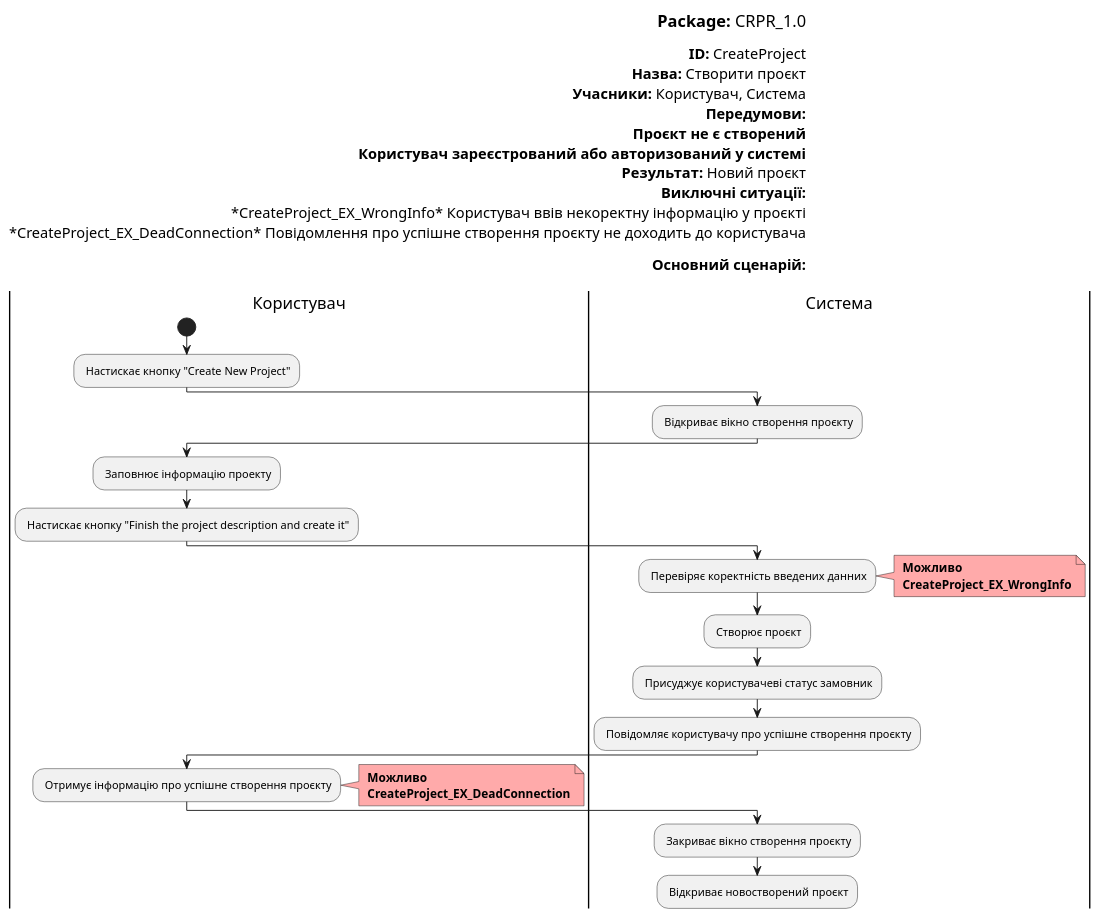
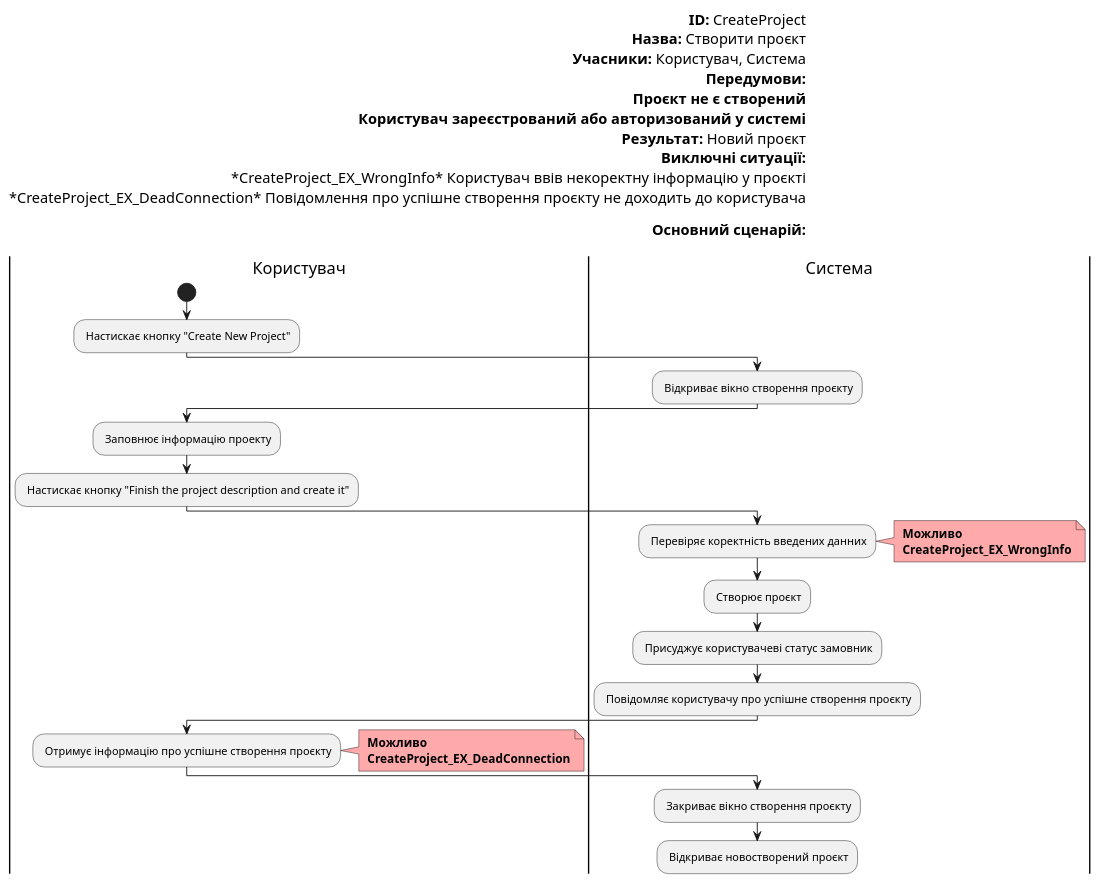
One commit to boldak/edu-db-cw changed the tenth of 19 diagrams in docs/use cases/README.md. Above: the diagram before and after it, drawn with PlantUML. The commit also changed other lines of this file, not shown here.

Commit message:
Finished adding labels and deleting package

```diff
--- a/docs/use cases/README.md
+++ b/docs/use cases/README.md
@@ -520,63 +516,61 @@
 @startuml
 
-    left header
-        <font color=000 size=18><b>Package:</b> CRPR_1.0
-        
+    left header        
         <font color=000 size=16><b>ID:</b> CreateProject
         <font color=000 size=16><b>Назва:</b> Створити проєкт
         <font color=000 size=16><b>Учасники:</b> Користувач, Система
         <font color=000 size=16><b>Передумови:</b> 
         <font color=000 size=16><b> Проєкт не є створений 
         <font color=000 size=16><b> Користувач зареєстрований або авторизований у системі
         <font color=000 size=16><b>Результат:</b> Новий проєкт
         <font color=000 size=16><b>Виключні ситуації:</b>
         <font color=000 size=16> *CreateProject_EX_WrongInfo* Користувач ввів некоректну інформацію у проєкті
         <font color=000 size=16> *CreateProject_EX_DeadConnection* Повідомлення про успішне створення проєкту не доходить до користувача
         
         <font color=000 size=16><b>Основний сценарій:</b>
         
     end header
 
     |Користувач|
         start
         : Настискає кнопку "Create New Project";
         
     |Система|
         : Відкриває вікно створення проєкту;
         
     |Користувач|
         : Заповнює інформацію проекту;
 
     |Користувач|
         : Настискає кнопку "Finish the project description and create it";
         
     |Система|
         : Перевіряє коректність введених данних;
         note right #ffaaaa
         <b> Можливо
         <b> CreateProject_EX_WrongInfo
         end note
 
     |Система|
         : Створює проєкт;
         
     |Система|
         : Присуджує користувачеві статус замовник;
 
     |Система|
         : Повідомляє користувачу про успішне створення проєкту;
 
     |Користувач|
         : Отримує інформацію про успішне створення проєкту;
         note right #ffaaaa
         <b> Можливо
         <b> CreateProject_EX_DeadConnection
         end note
 
     |Система|
         : Закриває вікно створення проєкту;
 
     |Система|
         : Відкриває новостворений проєкт;
 
 @enduml
```
